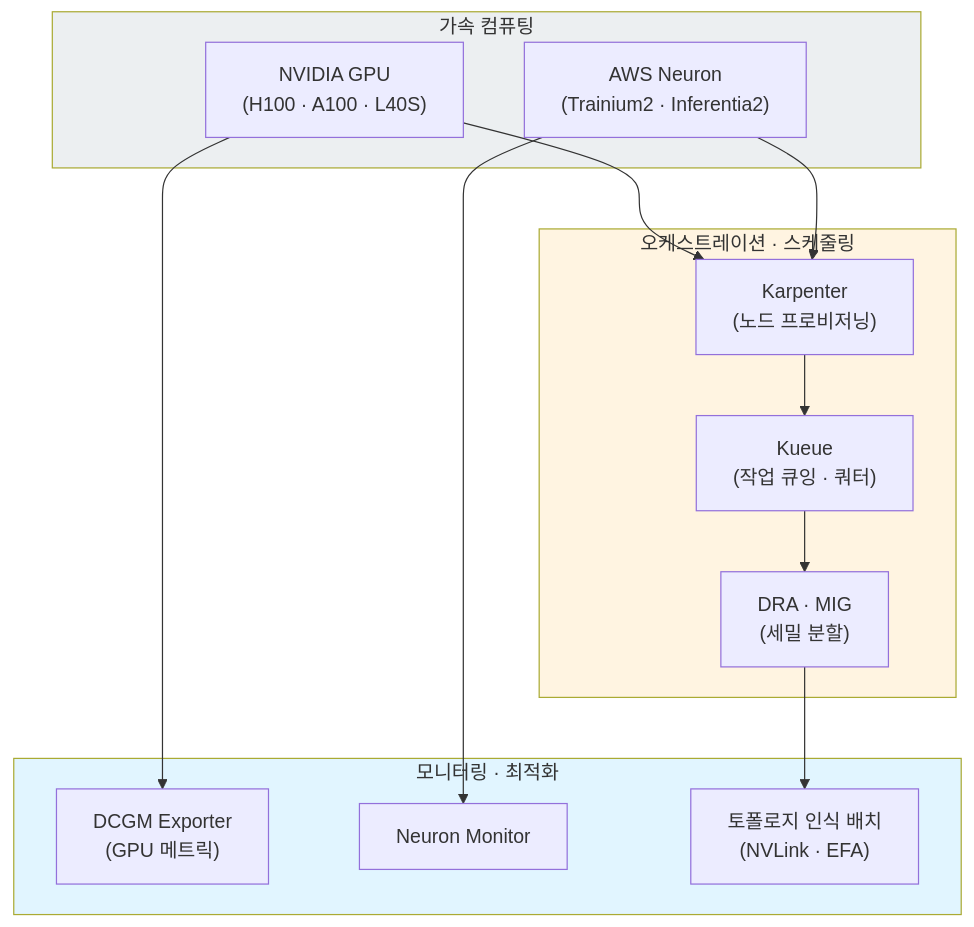
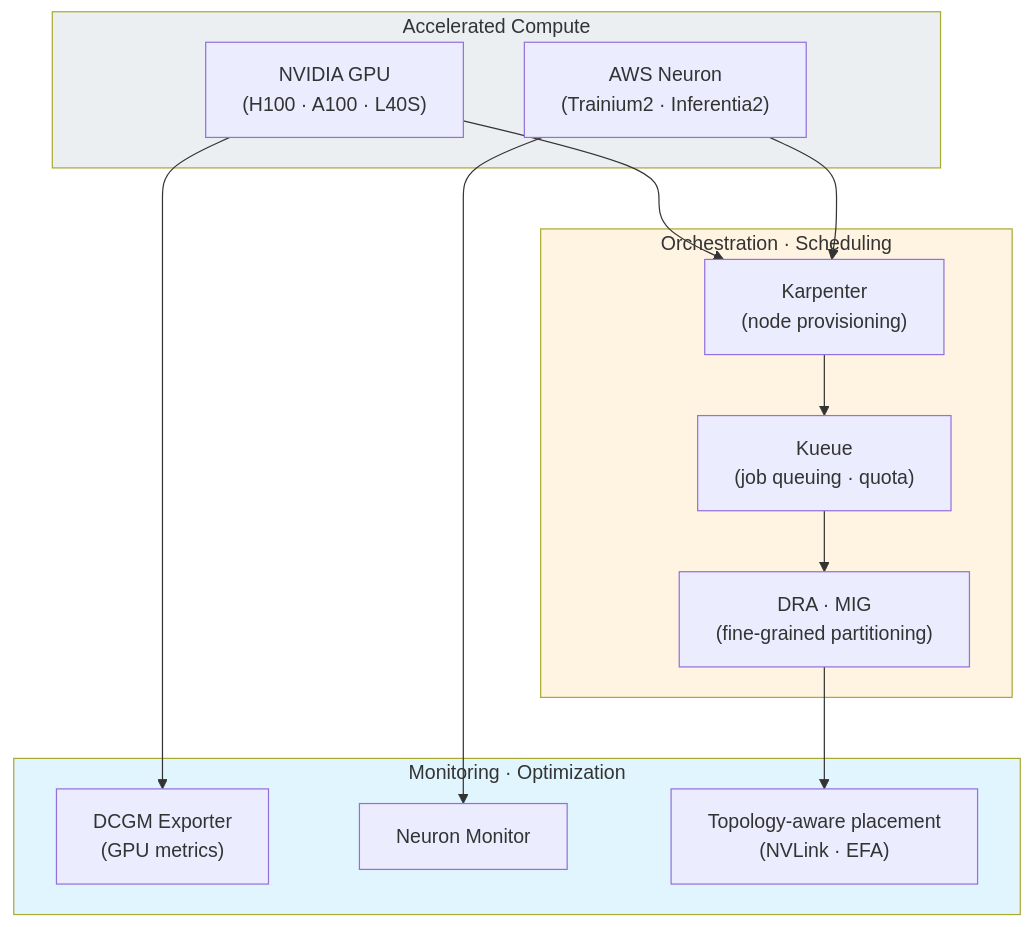
The second of 10 diagrams in docs/agentic-ai-platform/design-architecture/foundations/agentic-platform-architecture.md (devfloor9/engineering-playbook), drawn with Mermaid before and after one commit. The commit also changed other lines of this file and 954 other files, not shown here.

````diff
--- a/docs/agentic-ai-platform/design-architecture/foundations/agentic-platform-architecture.md
+++ b/docs/agentic-ai-platform/design-architecture/foundations/agentic-platform-architecture.md
@@ -173,29 +173,29 @@
 ```mermaid
 flowchart TB
-    subgraph Compute["가속 컴퓨팅"]
+    subgraph Compute["Accelerated Compute"]
         GPU["NVIDIA GPU<br/>(H100 · A100 · L40S)"]
         NEURON["AWS Neuron<br/>(Trainium2 · Inferentia2)"]
     end
 
-    subgraph Orchestration["오케스트레이션 · 스케줄링"]
-        KARP["Karpenter<br/>(노드 프로비저닝)"]
-        KUEUE["Kueue<br/>(작업 큐잉 · 쿼터)"]
-        DRA["DRA · MIG<br/>(세밀 분할)"]
+    subgraph Orchestration["Orchestration · Scheduling"]
+        KARP["Karpenter<br/>(node provisioning)"]
+        KUEUE["Kueue<br/>(job queuing · quota)"]
+        DRA["DRA · MIG<br/>(fine-grained partitioning)"]
     end
 
-    subgraph Telemetry["모니터링 · 최적화"]
-        DCGM["DCGM Exporter<br/>(GPU 메트릭)"]
+    subgraph Telemetry["Monitoring · Optimization"]
+        DCGM["DCGM Exporter<br/>(GPU metrics)"]
         NMON["Neuron Monitor"]
-        TOPO["토폴로지 인식 배치<br/>(NVLink · EFA)"]
+        TOPO["Topology-aware placement<br/>(NVLink · EFA)"]
     end
 
     GPU & NEURON --> KARP
     KARP --> KUEUE --> DRA
     GPU --> DCGM
     NEURON --> NMON
     DRA --> TOPO
 
     style Compute fill:#eceff1
     style Orchestration fill:#fff4e1
     style Telemetry fill:#e1f5ff
 ```
````
